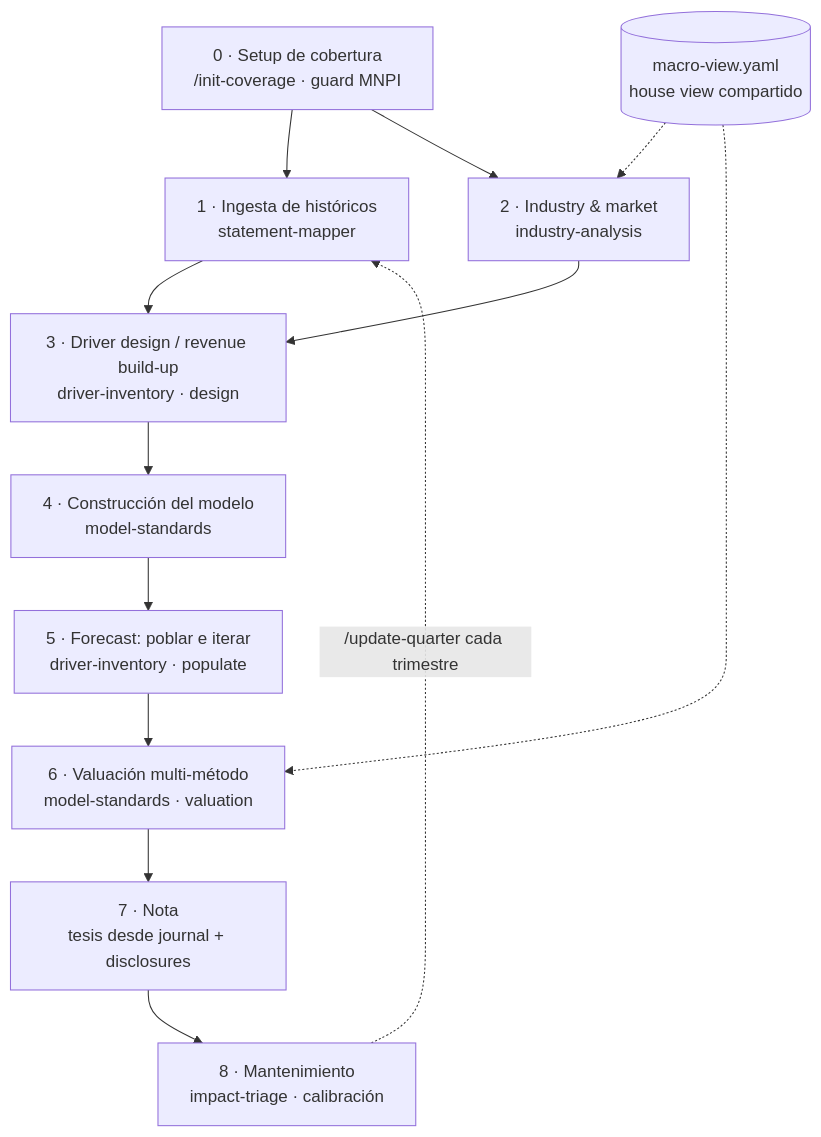
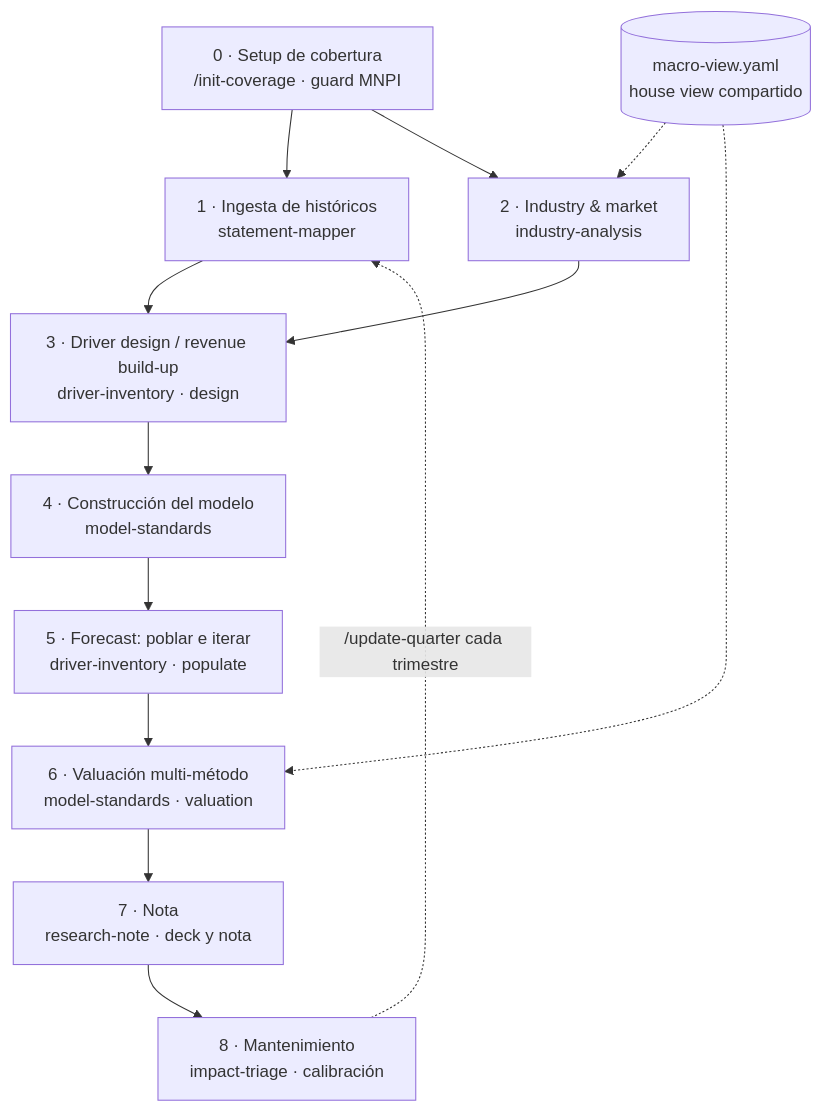
Before and after one commit to CFA-Society-Mexico/research_analyst: the diagram in docs/architecture.md, drawn with Mermaid. The commit also changed other lines of this file and 5 other files, not shown here.

First line of the commit message:
docs: contratos de la etapa 7, research/notes y audit del deck

````diff
--- a/docs/architecture.md
+++ b/docs/architecture.md
@@ -23,15 +23,15 @@
 ```mermaid
 flowchart TD
     S0[0 · Setup de cobertura<br/>/init-coverage · guard MNPI] --> S1[1 · Ingesta de históricos<br/>statement-mapper]
     S0 --> S2[2 · Industry & market<br/>industry-analysis]
     S1 --> S3[3 · Driver design / revenue build-up<br/>driver-inventory · design]
     S2 --> S3
     S3 --> S4[4 · Construcción del modelo<br/>model-standards]
     S4 --> S5[5 · Forecast: poblar e iterar<br/>driver-inventory · populate]
     S5 --> S6[6 · Valuación multi-método<br/>model-standards · valuation]
-    S6 --> S7[7 · Nota<br/>tesis desde journal + disclosures]
+    S6 --> S7[7 · Nota<br/>research-note · deck y nota]
     S7 --> S8[8 · Mantenimiento<br/>impact-triage · calibración]
     S8 -.->|/update-quarter cada trimestre| S1
     MV[(macro-view.yaml<br/>house view compartido)] -.-> S2
     MV -.-> S6
 ```
````
